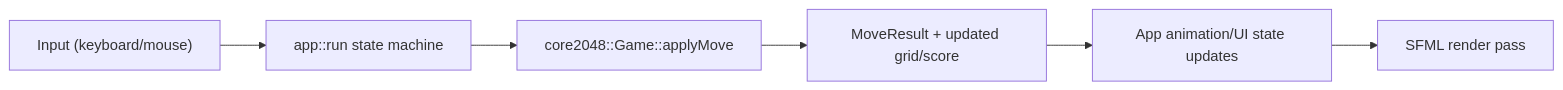
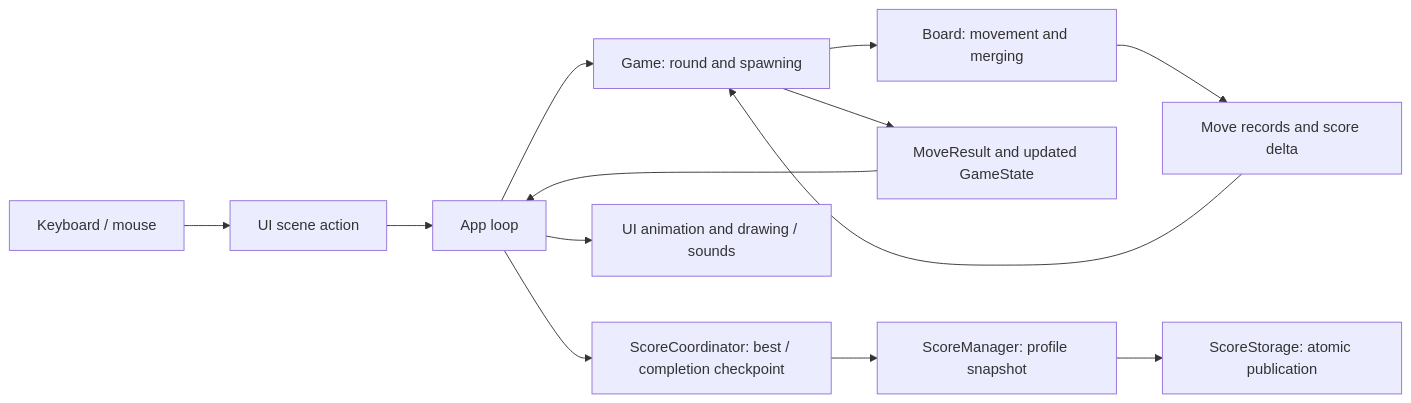
Before and after one commit to EnesGoker/sfml-2048: the diagram in docs/architecture.md, drawn with Mermaid. The commit also changed other lines of this file and 126 other files, not shown here.

Commit message:
feat: expand game architecture and test coverage

````diff
--- a/docs/architecture.md
+++ b/docs/architecture.md
@@ -41,8 +221,15 @@
 ```mermaid
 flowchart LR
-    A["Input (keyboard/mouse)"] --> B["app::run state machine"]
-    B --> C["core2048::Game::applyMove"]
-    C --> D["MoveResult + updated grid/score"]
-    D --> E["App animation/UI state updates"]
-    E --> F["SFML render pass"]
+    A["Keyboard / mouse"] --> B["UI scene action"]
+    B --> C["App loop"]
+    C --> D["Game: round and spawning"]
+    D --> E["Board: movement and merging"]
+    E --> F["Move records and score delta"]
+    F --> D
+    D --> G["MoveResult and updated GameState"]
+    G --> C
+    C --> I["ScoreCoordinator: best / completion checkpoint"]
+    I --> J["ScoreManager: profile snapshot"]
+    J --> K["ScoreStorage: atomic publication"]
+    C --> H["UI animation and drawing / sounds"]
 ```
````
